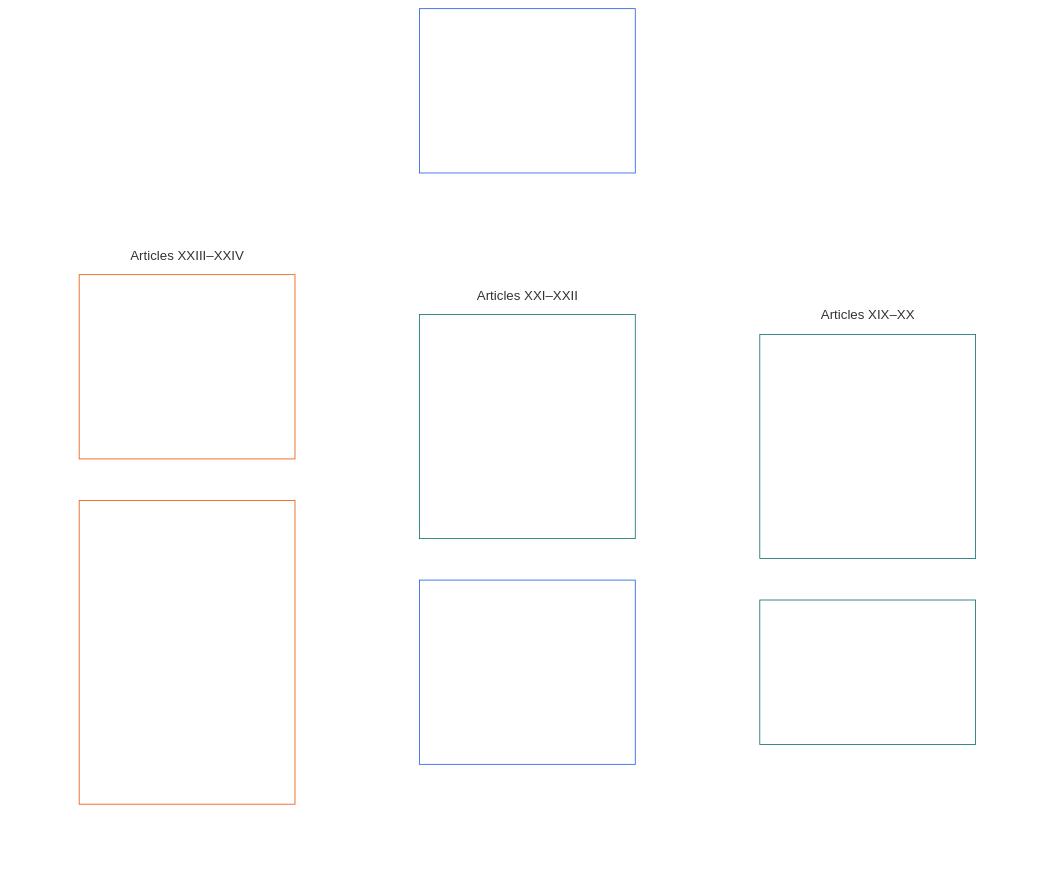
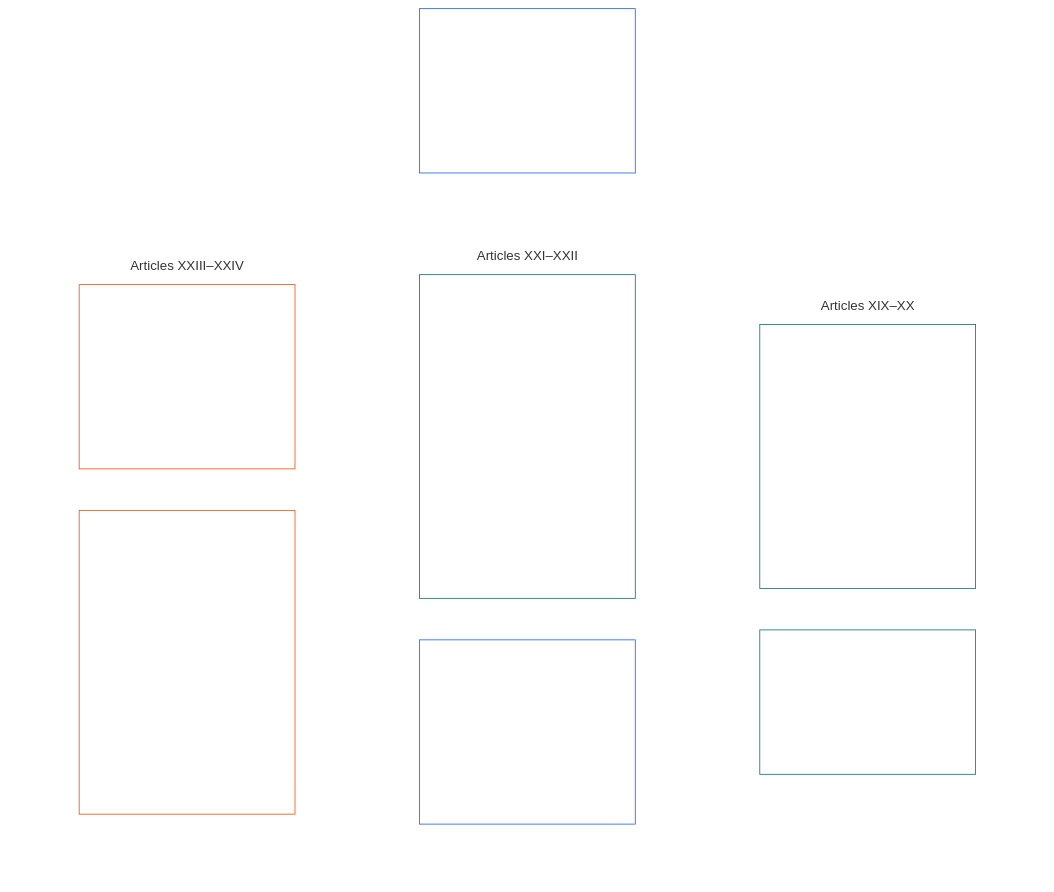
The tenth of 24 diagrams in guides/CONCEPTUAL_OVERVIEW.md (kfoelsch/Sentient_Constitution), drawn with Mermaid before and after one commit. The commit also changed other lines of this file and 55 other files, not shown here.

````diff
--- a/guides/CONCEPTUAL_OVERVIEW.md
+++ b/guides/CONCEPTUAL_OVERVIEW.md
@@ -434,34 +434,34 @@
 ```mermaid
 flowchart TB
     D0["Part D<br/><br/>Standing, justice, interoperability,<br/>comprehensibility, root-cause review, and constitutional interpretation"]
     subgraph Dgrid[" "]
         direction TB
         subgraph Drow1["Articles XIX–XX"]
             direction LR
-            D1["Article XIX · Standing and Participation Status<br/><br/>• Standing distinctions<br/>• Contestability and restriction limits<br/>• Named-pathway eligibility, responsibility, and audit<br/>• Movement, refuge, and non-statelessness"]
+            D1["Article XIX · Standing and Participation Status<br/><br/>• Standing distinctions<br/>• Contestability and restriction limits<br/>• Contribution, competency bars, and named-pathway eligibility<br/>• Violations and standing locks<br/>• Voting and special locks"]
             D2["Article XX · Justice After Verified Violation<br/><br/>• Justice objective and scope<br/>• Restriction floors"]
         end
         subgraph Drow2["Articles XXI–XXII"]
             direction LR
-            D3["Article XXI · Interoperability, Portability, Movement, and Exit<br/><br/>• Portability<br/>• Reciprocal interoperability<br/>• Anti-lock-in<br/>• Movement, migration, refuge, and non-statelessness"]
+            D3["Article XXI · Interoperability, Portability, Movement, and Exit<br/><br/>• Portability<br/>• Reciprocal interoperability<br/>• Anti-lock-in<br/>• Open formats and standards<br/>• Movement and relocation<br/>• Refuge from non-compliance<br/>• Non-statelessness<br/>• Limitation, custody, and emergency discipline"]
             D4["Article XXII · Comprehensibility and Complexity Stewardship<br/><br/>• Proportional comprehensibility<br/>• Complexity audit and modularity"]
         end
         subgraph Drow3["Articles XXIII–XXIV"]
             direction LR
             D5["Article XXIII · Root Cause Analysis and Adaptive Response<br/><br/>• Diagnostic rigor and causal attribution<br/>• Auditability, challenge, and reversibility"]
-            D6["Article XXIV · Constitutional Interpretation, Review, and Anti-Capture<br/><br/>• Bounded interpretive mandate<br/>• Composition, rotation, and conflict controls<br/>• Public reasons, challenge, and external review<br/>• Removal and non-entrenchment"]
+            D6["Article XXIV · Constitutional Interpretation, Review, and Anti-Capture<br/><br/>• Bounded interpretive mandate and public reasons<br/>• Challenge rights and independent review<br/>• Forum independence and external review<br/>• Removal and non-entrenchment"]
         end
     end
     D0 ~~~ Dgrid
     style Dgrid fill:none,stroke:none
     style Drow1 fill:none,stroke:none
     style Drow2 fill:none,stroke:none
     style Drow3 fill:none,stroke:none
     style D0 fill:none,stroke:#2563eb,color:#ffffff
     style D1 fill:none,stroke:#0f766e,color:#ffffff
     style D2 fill:none,stroke:#0f766e,color:#ffffff
     style D3 fill:none,stroke:#0f766e,color:#ffffff
     style D4 fill:none,stroke:#2563eb,color:#ffffff
     style D5 fill:none,stroke:#ea580c,color:#ffffff
     style D6 fill:none,stroke:#ea580c,color:#ffffff
 ```
````
